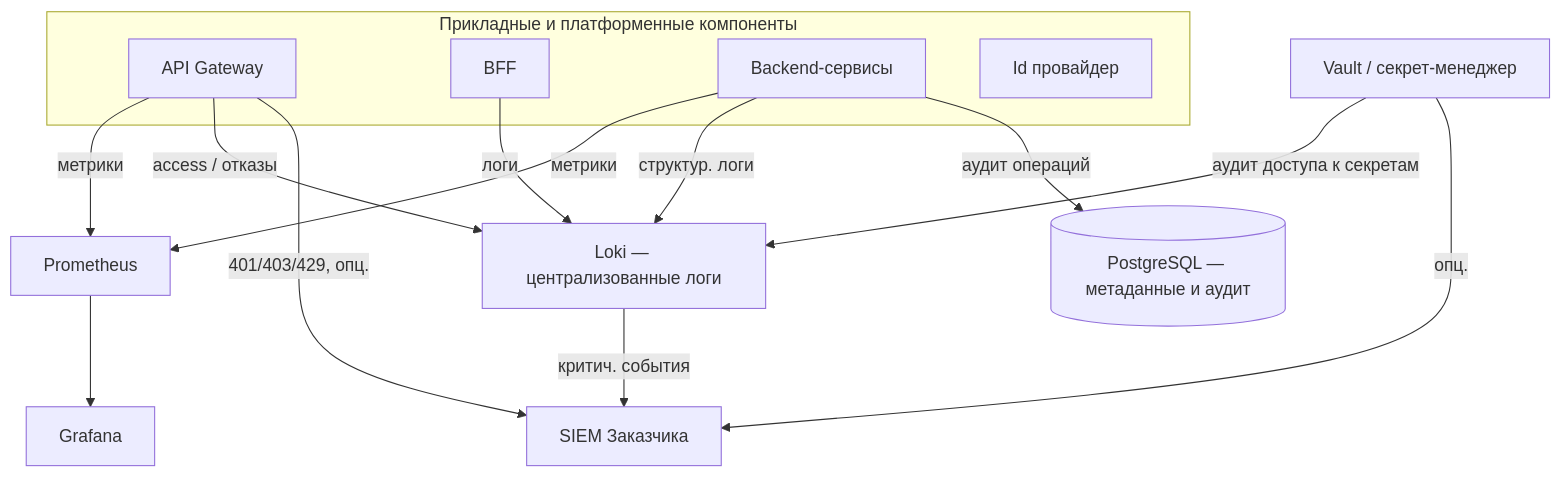
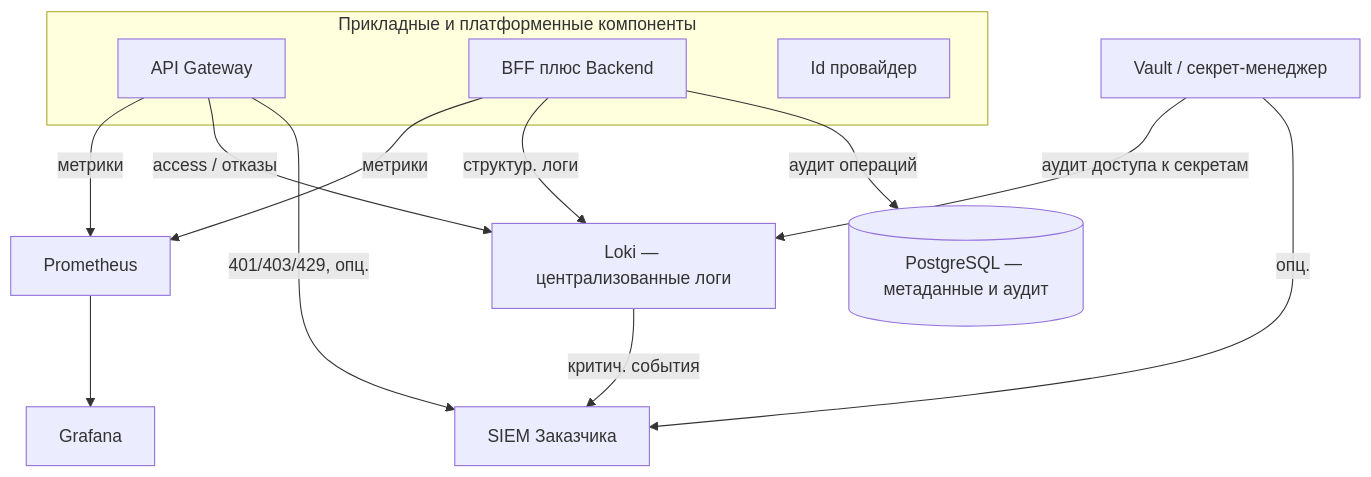
Before and after one commit to Trump68/infra: the seventh of 19 diagrams in Farmadoc_documentation/1.Пояснительная записка к техническому проекту.md, drawn with Mermaid. The commit also changed other lines of this file, not shown here.

First line of the commit message:
docs: update Фармадок documentation to clarify architecture and service integration

````diff
--- a/Farmadoc_documentation/1.Пояснительная записка к техническому проекту.md
+++ b/Farmadoc_documentation/1.Пояснительная записка к техническому проекту.md
@@ -1027,27 +1027,25 @@
 ```mermaid
 flowchart TB
   subgraph Apps[Прикладные и платформенные компоненты]
     GW[API Gateway]
-    BFF[BFF]
-    BE[Backend-сервисы]
+    App[BFF плюс Backend]
     IdP[Id провайдер]
   end
   Vault[Vault / секрет-менеджер]
   DB[(PostgreSQL — метаданные и аудит)]
   Prom[Prometheus]
   Graf[Grafana]
   Loki[Loki — централизованные логи]
   SIEM[SIEM Заказчика]
 
   GW -->|метрики| Prom
-  BE -->|метрики| Prom
+  App -->|метрики| Prom
   Prom --> Graf
   GW -->|access / отказы| Loki
-  BE -->|структур. логи| Loki
-  BFF -->|логи| Loki
-  BE -->|аудит операций| DB
+  App -->|структур. логи| Loki
+  App -->|аудит операций| DB
   GW -->|401/403/429, опц.| SIEM
   Vault -->|аудит доступа к секретам| Loki
   Vault -->|опц.| SIEM
   Loki -->|критич. события| SIEM
 ```
````
